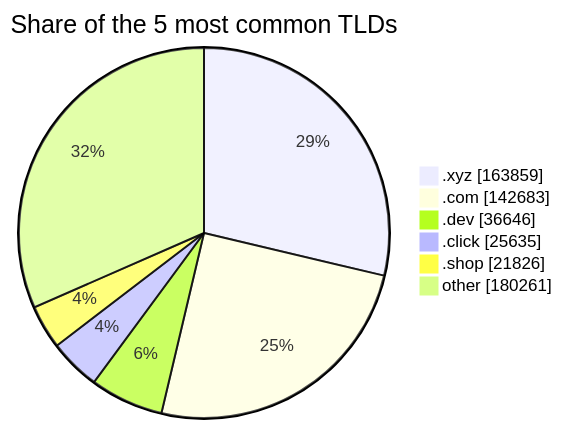
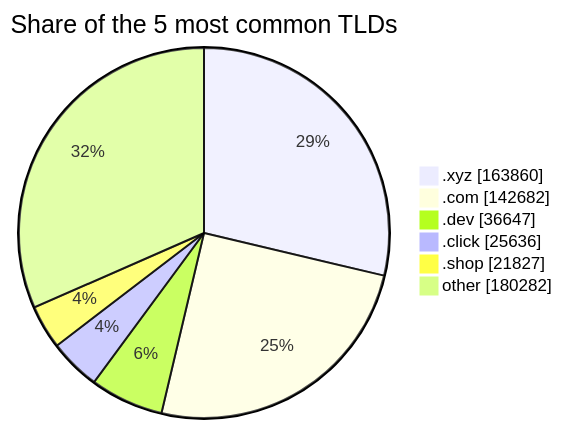
Before and after one commit to DNSBunker/CTI: the third of 3 diagrams in README.md, drawn with Mermaid. The commit also changed other lines of this file and 3 other files, not shown here.

````diff
--- a/README.md
+++ b/README.md
@@ -81,9 +81,9 @@
 ```mermaid
 pie showData title Share of the 5 most common TLDs
-    ".xyz" : 163859
-    ".com" : 142683
-    ".dev" : 36646
-    ".click" : 25635
-    ".shop" : 21826
-    "other" : 180261
+    ".xyz" : 163860
+    ".com" : 142682
+    ".dev" : 36647
+    ".click" : 25636
+    ".shop" : 21827
+    "other" : 180282
 ```
````
